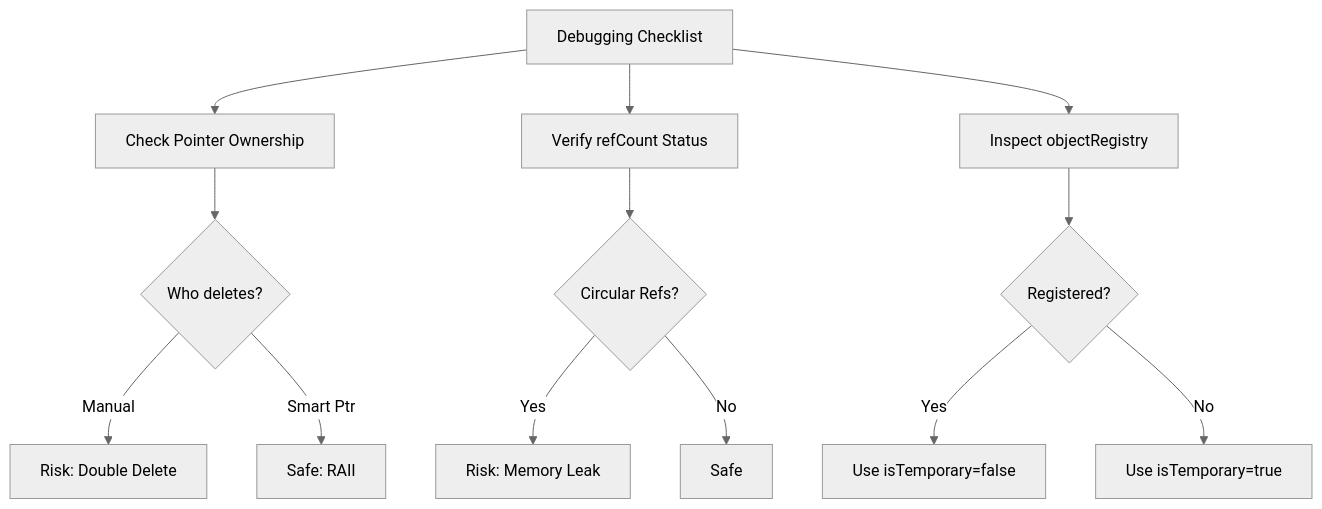
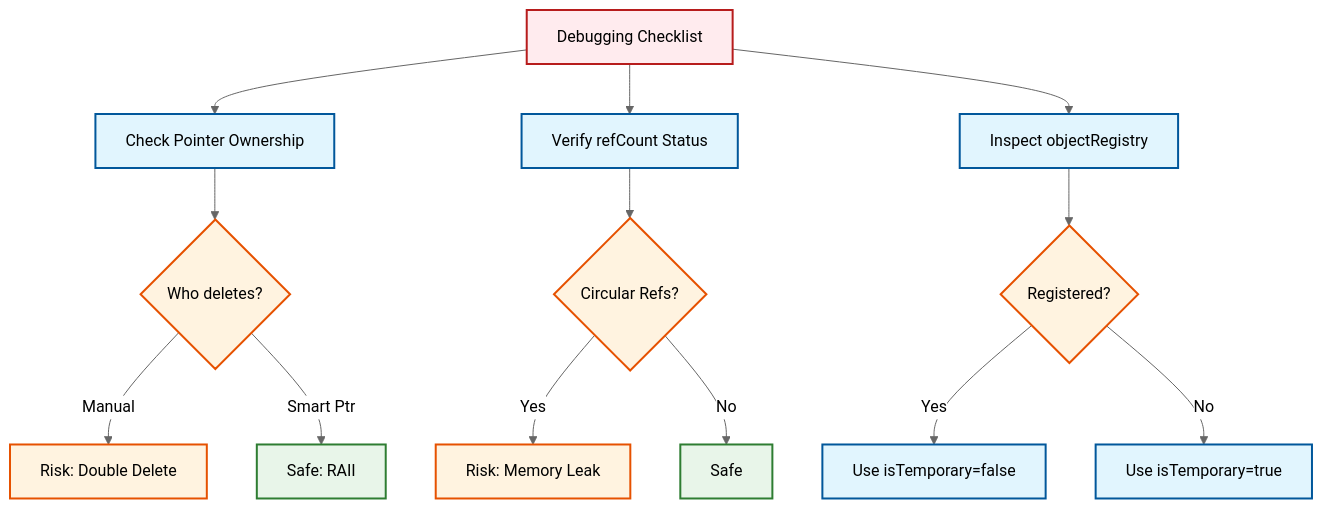
Before and after one commit to wramet/build-my-cfd: the diagram in MODULE_09_ADVANCED_TOPICS/CONTENT/04_MEMORY_MANAGEMENT/07_Common_Errors_and_Debugging.md, drawn with Mermaid (neutral theme). The commit also changed 313 other files, not shown here.

Commit message:
Revise all diagram

````diff
--- a/MODULE_09_ADVANCED_TOPICS/CONTENT/04_MEMORY_MANAGEMENT/07_Common_Errors_and_Debugging.md
+++ b/MODULE_09_ADVANCED_TOPICS/CONTENT/04_MEMORY_MANAGEMENT/07_Common_Errors_and_Debugging.md
@@ -385,18 +385,19 @@
 ```mermaid
 graph TD
-    A[Debugging Checklist] --> B[Check Pointer Ownership]
-    A --> C[Verify refCount Status]
-    A --> D[Inspect objectRegistry]
-
-    B --> B1{Who deletes?}
-    B1 -->|Manual| E[Risk: Double Delete]
-    B1 -->|Smart Ptr| F[Safe: RAII]
-
-    C --> C1{Circular Refs?}
-    C1 -->|Yes| G[Risk: Memory Leak]
-    C1 -->|No| H[Safe]
-
-    D --> D1{Registered?}
-    D1 -->|Yes| I[Use isTemporary=false]
-    D1 -->|No| J[Use isTemporary=true]
+classDef implicit fill:#e1f5fe,stroke:#01579b,stroke-width:2px
+classDef explicit fill:#ffebee,stroke:#b71c1c,stroke-width:2px
+classDef success fill:#e8f5e9,stroke:#2e7d32,stroke-width:2px
+classDef warning fill:#fff3e0,stroke:#e65100,stroke-width:2px
+A[Debugging Checklist]:::explicit --> B[Check Pointer Ownership]:::implicit
+A --> C[Verify refCount Status]:::implicit
+A --> D[Inspect objectRegistry]:::implicit
+B --> B1{Who deletes?}:::warning
+B1 -->|Manual| E[Risk: Double Delete]:::warning
+B1 -->|Smart Ptr| F[Safe: RAII]:::success
+C --> C1{Circular Refs?}:::warning
+C1 -->|Yes| G[Risk: Memory Leak]:::warning
+C1 -->|No| H[Safe]:::success
+D --> D1{Registered?}:::warning
+D1 -->|Yes| I[Use isTemporary=false]:::implicit
+D1 -->|No| J[Use isTemporary=true]:::implicit
 ```
````
